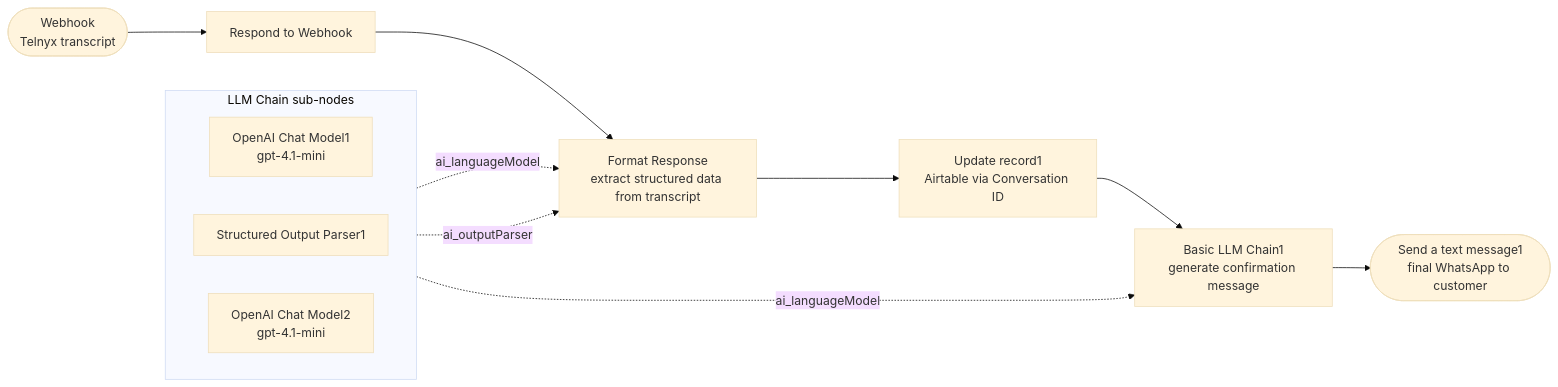
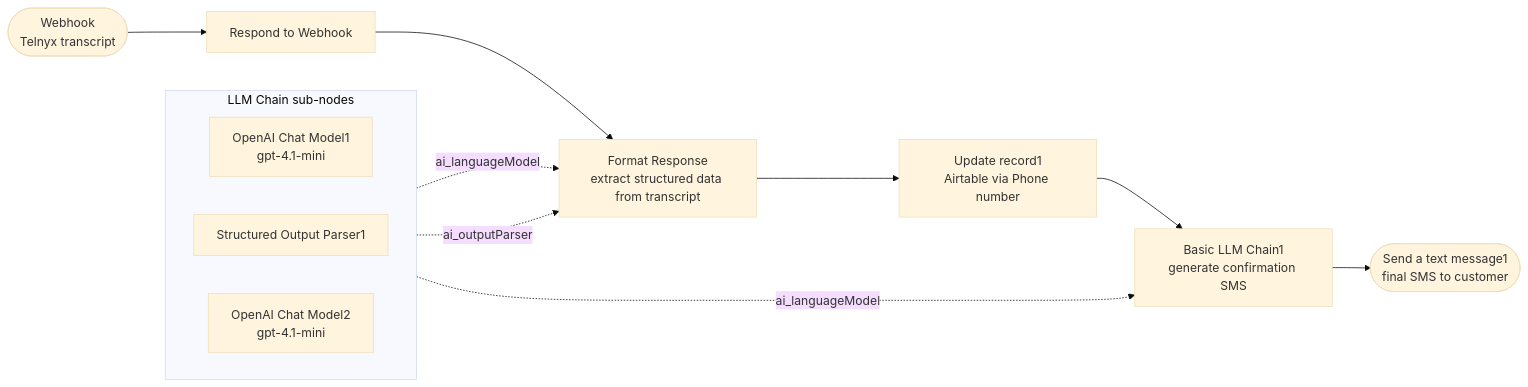
The second of 2 diagrams in docs/phone-call-flow.md (kameni-immo/kameni-n8n-automation), drawn with Mermaid (base theme) before and after one commit. The commit also changed other lines of this file, not shown here.

Commit message:
Update phone-call-flow.md: replace ElevenLabs with Telnyx

````diff
--- a/docs/phone-call-flow.md
+++ b/docs/phone-call-flow.md
@@ -80,18 +78,18 @@
 ```mermaid
 flowchart LR
     WH(["Webhook<br/>Telnyx transcript"]) --> RW["Respond to Webhook"]
     RW --> FR["Format Response<br/>extract structured data from transcript"]
-    FR --> UPD1["Update record1<br/>Airtable via Conversation ID"]
-    UPD1 --> LLM1["Basic LLM Chain1<br/>generate confirmation message"]
-    LLM1 --> SMS1(["Send a text message1<br/>final WhatsApp to customer"])
+    FR --> UPD1["Update record1<br/>Airtable via Phone number"]
+    UPD1 --> LLM1["Basic LLM Chain1<br/>generate confirmation SMS"]
+    LLM1 --> SMS1(["Send a text message1<br/>final SMS to customer"])
 
     subgraph ai2 ["LLM Chain sub-nodes"]
         direction LR
         OAI1["OpenAI Chat Model1<br/>gpt-4.1-mini"]
         SOP1["Structured Output Parser1"]
         OAI2["OpenAI Chat Model2<br/>gpt-4.1-mini"]
     end
     OAI1 -.->|"ai_languageModel"| FR
     SOP1 -.->|"ai_outputParser"| FR
     OAI2 -.->|"ai_languageModel"| LLM1
 ```
````
